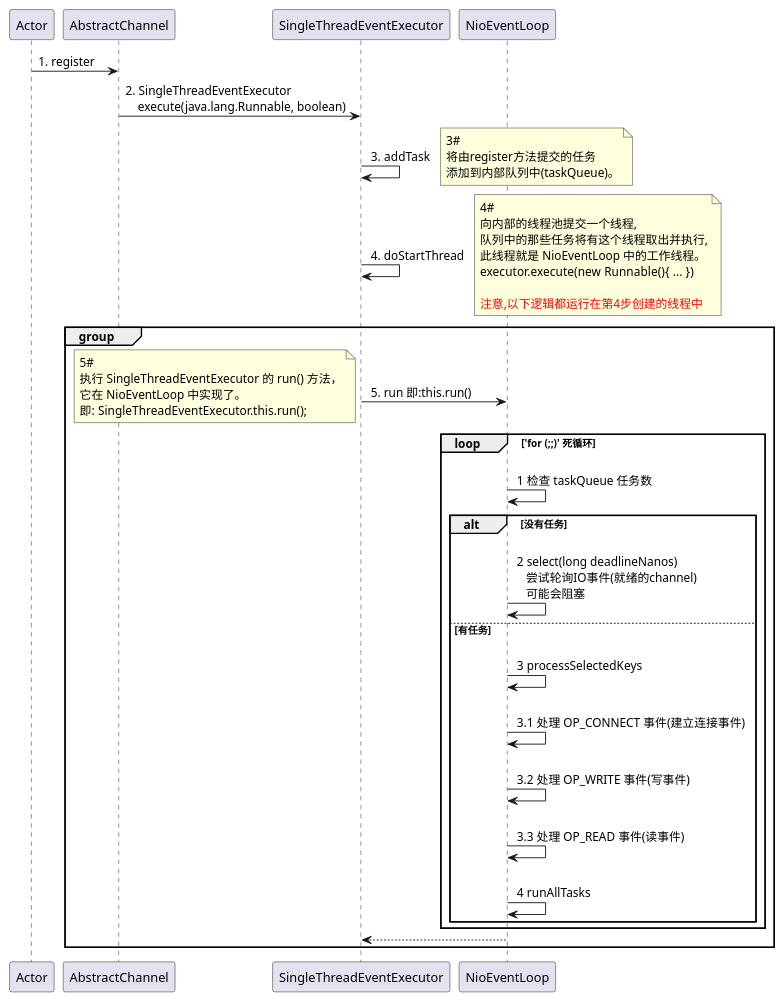
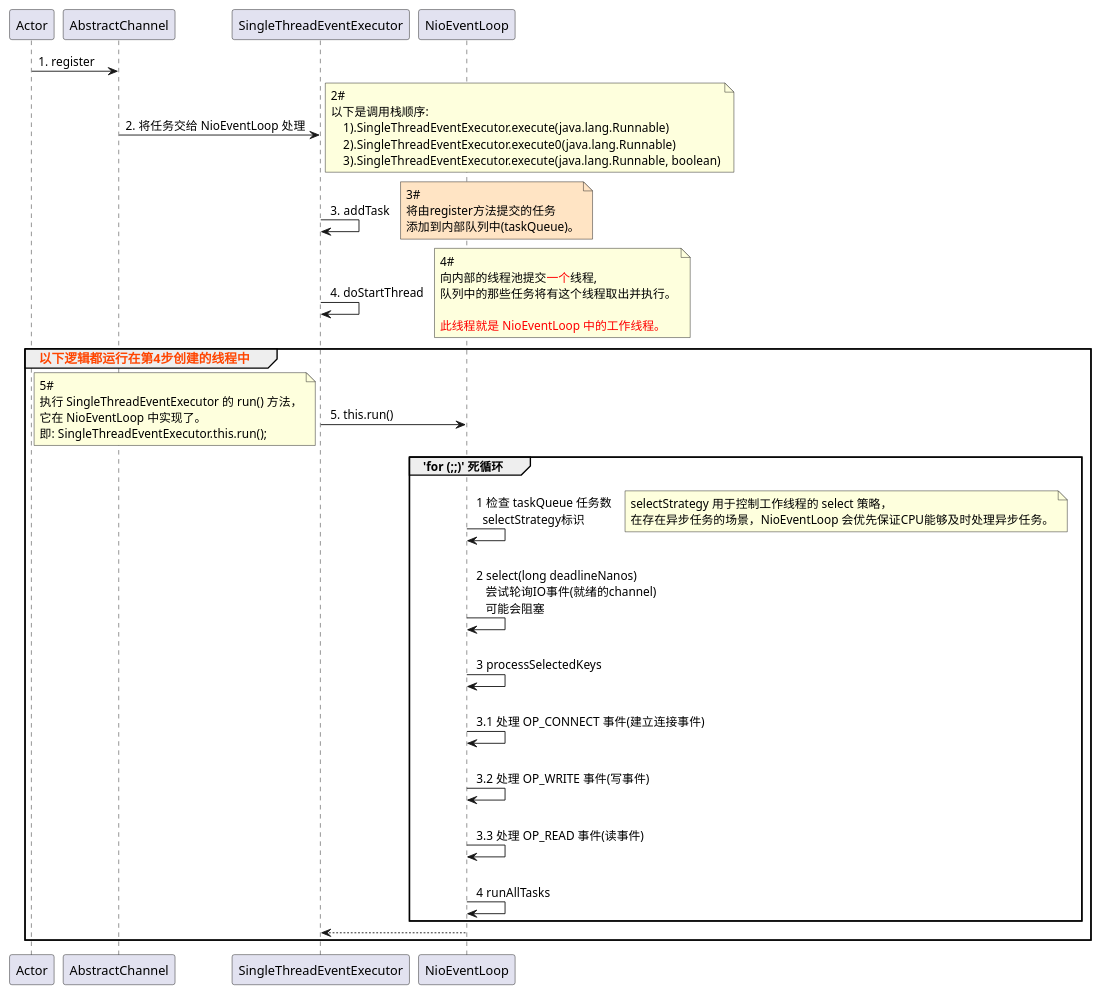
Before and after one commit to Simba-cheng/netty: the diagram in puml/NioEventLoop#run.puml, drawn with PlantUML.

Commit message:
refactor(code): 源码添加注释、流程图、类图

```diff
--- a/puml/NioEventLoop#run.puml
+++ b/puml/NioEventLoop#run.puml
@@ -1,55 +1,64 @@
 @startuml participant
 
 Actor -> AbstractChannel: 1. register
 
-AbstractChannel -> SingleThreadEventExecutor: 2. SingleThreadEventExecutor \n    execute(java.lang.Runnable, boolean)
+AbstractChannel -> SingleThreadEventExecutor: 2. 将任务交给 NioEventLoop 处理
+note right
+2#
+以下是调用栈顺序:
+    1).SingleThreadEventExecutor.execute(java.lang.Runnable)
+    2).SingleThreadEventExecutor.execute0(java.lang.Runnable)
+    3).SingleThreadEventExecutor.execute(java.lang.Runnable, boolean)
+end note
 
 SingleThreadEventExecutor -> SingleThreadEventExecutor: \n 3. addTask
-note right
+note right #FFE4C4
 3#
 将由register方法提交的任务
 添加到内部队列中(taskQueue)。
 end note
 
 SingleThreadEventExecutor -> SingleThreadEventExecutor: \n 4. doStartThread
 note right
 4#
-向内部的线程池提交一个线程,
-队列中的那些任务将有这个线程取出并执行,
-此线程就是 NioEventLoop 中的工作线程。
-executor.execute(new Runnable(){ ... })
+向内部的线程池提交<color:#FF0000>一个</color>线程,
+队列中的那些任务将有这个线程取出并执行。
 
-<color:#FF0000>注意,以下逻辑都运行在第4步创建的线程中</color>
+<color:#FF0000>此线程就是 NioEventLoop 中的工作线程。</color>
 end note
 
-group
+group <size:14><color:#FF4500>以下逻辑都运行在第4步创建的线程中</color></size>
 
-SingleThreadEventExecutor -> NioEventLoop: \n 5. run 即:this.run()
+SingleThreadEventExecutor -> NioEventLoop: \n 5. this.run()
 note left
 5#
 执行 SingleThreadEventExecutor 的 run() 方法，
 它在 NioEventLoop 中实现了。
 即: SingleThreadEventExecutor.this.run();
 end note
 
 ' ----- 分割线 -----
-loop 'for (;;)' 死循环
-    NioEventLoop -> NioEventLoop: \n 1 检查 taskQueue 任务数
+group 'for (;;)' 死循环
+    NioEventLoop -> NioEventLoop: \n 1 检查 taskQueue 任务数 \n   selectStrategy标识
+    note right
+    selectStrategy 用于控制工作线程的 select 策略，
+    在存在异步任务的场景，NioEventLoop 会优先保证CPU能够及时处理异步任务。
+    end note
 
-    alt 没有任务
+'    alt 没有任务
         NioEventLoop -> NioEventLoop: \n 2 select(long deadlineNanos) \n    尝试轮询IO事件(就绪的channel) \n    可能会阻塞
-    else 有任务
+'    else 有任务
         NioEventLoop -> NioEventLoop: \n 3 processSelectedKeys
         NioEventLoop -> NioEventLoop: \n 3.1 处理 OP_CONNECT 事件(建立连接事件)
         NioEventLoop -> NioEventLoop: \n 3.2 处理 OP_WRITE 事件(写事件)
         NioEventLoop -> NioEventLoop: \n 3.3 处理 OP_READ 事件(读事件)
 
         NioEventLoop -> NioEventLoop: \n 4 runAllTasks
-    end
+'    end
 end
 ' ----- 分割线 -----
 
 
 SingleThreadEventExecutor <-- NioEventLoop
 end
 @enduml
```
